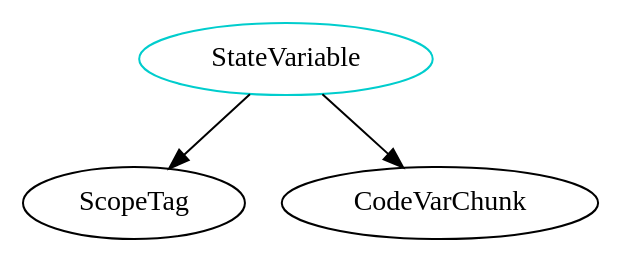
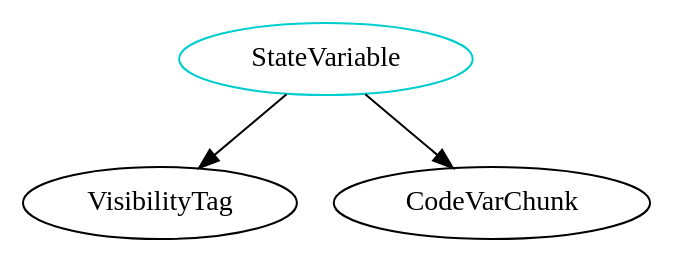
The diagram in analysis/TypeDependencyGraphs/code/StateVariable.dot (BilalM04/Drasil), drawn with Graphviz before and after one commit. The commit also changed 1160 other files, not shown here.

```diff
--- a/analysis/TypeDependencyGraphs/code/StateVariable.dot
+++ b/analysis/TypeDependencyGraphs/code/StateVariable.dot
@@ -1,5 +1,5 @@
 digraph statevariable{
 StateVariable	[shape=oval, color=cyan3, label="StateVariable"];
-StateVariable -> ScopeTag;
+StateVariable -> VisibilityTag;
 StateVariable -> CodeVarChunk;
 }
```
